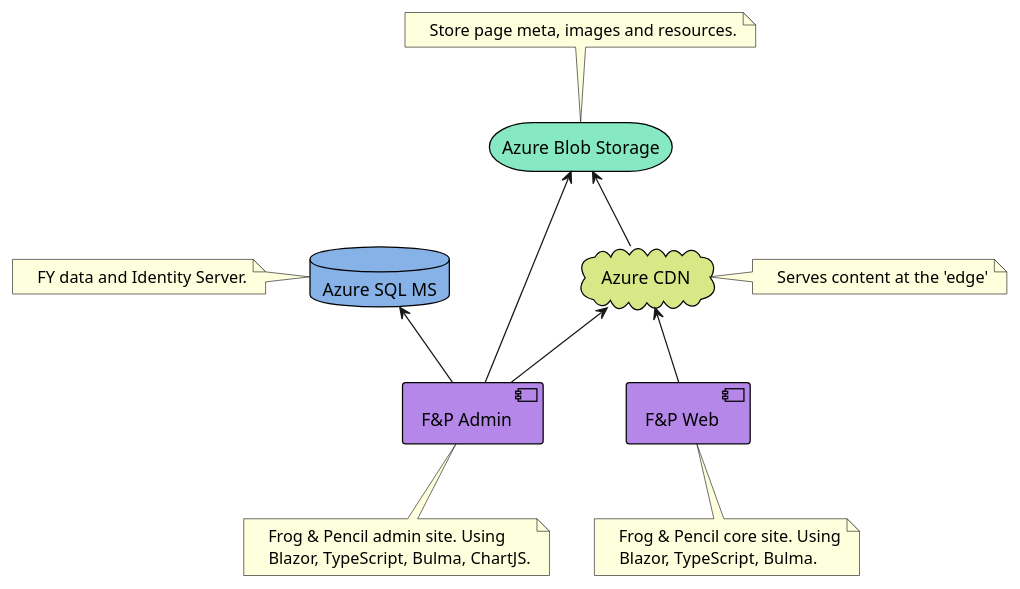
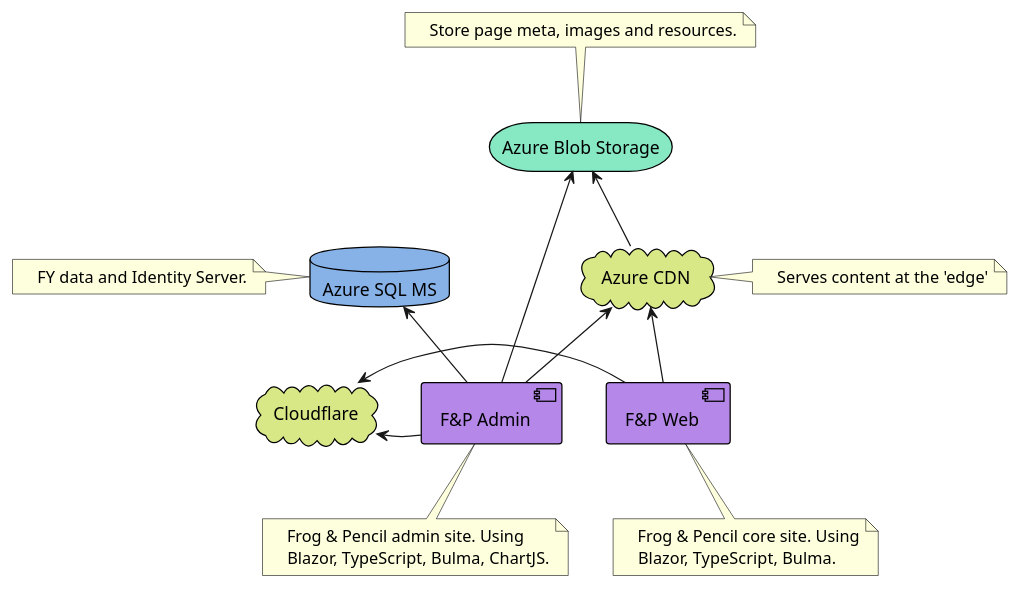
The second of 2 diagrams in obsidian-vault/🐸 Frog & Pencil/Architecture Diagram.md (bearandhammer/knowledge-vault), drawn with PlantUML before and after one commit.

Commit message:
Lews PC vault backup: 06/04/2022 22:23:00
Affected files:
obsidian-vault/🐸 Frog & Pencil/Architecture Diagram.md

````diff
--- a/obsidian-vault/🐸 Frog & Pencil/Architecture Diagram.md
+++ b/obsidian-vault/🐸 Frog & Pencil/Architecture Diagram.md
@@ -33,67 +33,76 @@
 ```plantuml
 <style>
 component {
 	BackgroundColor #b487e8
 	LineThickness 1
 	LineColor black
 }
 cloud {
 	BackgroundColor #d8e887
 	LineThickness 1
 	LineColor black
 }
 database {
 	BackgroundColor #87b2e8
 	LineThickness 1
 	LineColor black
 }
 storage {
 	BackgroundColor #87e8c4
 	LineThickness 1
 	LineColor black
 }
 </style>
 
 storage "Azure Blob Storage" as ABS {
 }
 
 database "Azure SQL MS" as ASMS {
 }
 
 component "F&P Web" as FPW {
 }
 
+cloud "Cloudflare" as CF {
+
+}
+
 component "F&P Admin" as FPA {
 }
 
 cloud "Azure CDN" as ACDN {
 }
 
 note top of ABS  
     Store page meta, images and resources.
 end note
 
 note bottom of FPW  
     Frog & Pencil core site. Using
     Blazor, TypeScript, Bulma. 
 end note
 
 note bottom of FPA
     Frog & Pencil admin site. Using
     Blazor, TypeScript, Bulma, ChartJS.
 end note
 
 note left of ASMS
     FY data and Identity Server.
 end note
 
 note right of ACDN
     Serves content at the 'edge'
 end note
 
 ABS <-- ACDN
+ABS <-- FPA
 ACDN <-- FPW
-ABS <-- FPA
 ACDN <-- FPA
 ASMS <-- FPA
+FPA --> CF
+CF <-- FPW
+
+FPA -[hidden]l> CF
+FPW -[hidden]l> CF
 ```
````
